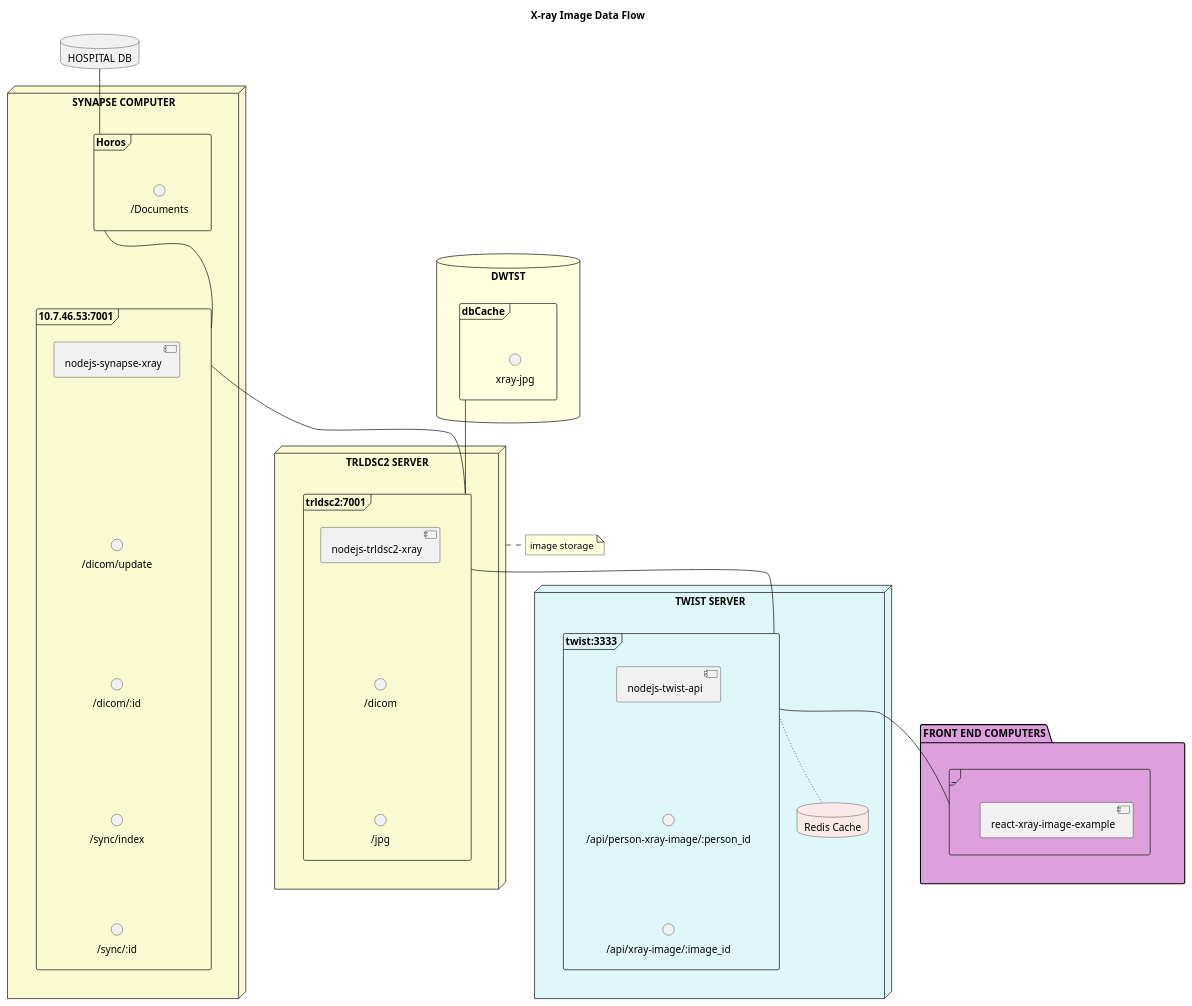
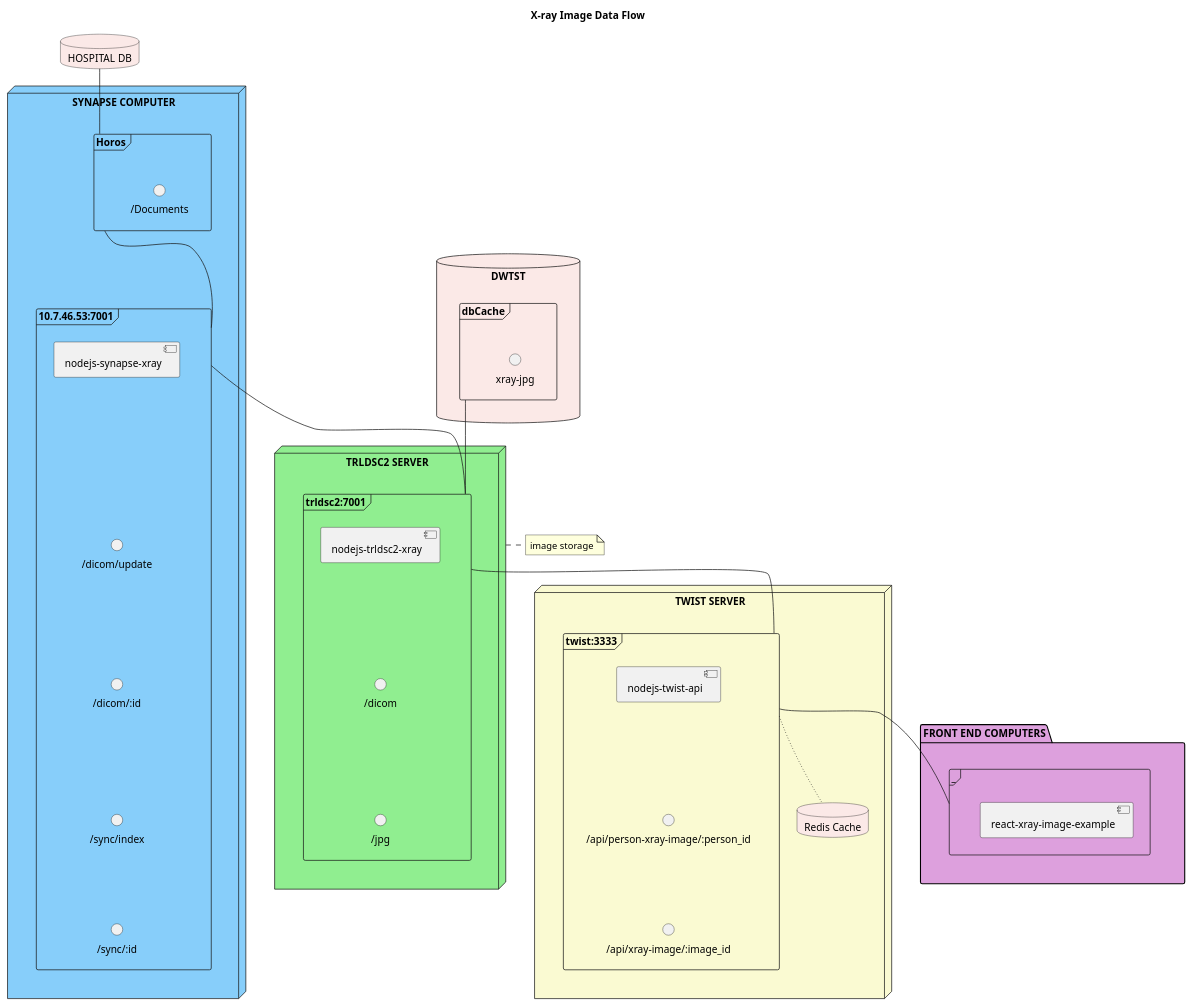
One commit to TwistTRL/nodejs-twist-api changed the diagram in assets/xray-image.iuml. Above: the diagram before and after it, drawn with PlantUML.

Commit message:
update xray iuml

```diff
--- a/assets/xray-image.iuml
+++ b/assets/xray-image.iuml
@@ -1,83 +1,83 @@
 @startuml xray-image
 
 ' skinparam componentStyle uml2
 
 title X-ray Image Data Flow
 
-database "HOSPITAL DB" as db
+database "HOSPITAL DB" as db #fbe9e7
 
-node "SYNAPSE COMPUTER" as synapse #LightGoldenRodYellow {
+node "SYNAPSE COMPUTER" as synapse #LightSkyBlue {
     frame "Horos" as horos {
         interface "/Documents"
     }
 
     frame "10.7.46.53:7001" as imageAPI {
         component "nodejs-synapse-xray" as componentImageAPI
         interface "/dicom/update" as dicomUpdate
         interface "/dicom/:id" as dicomId
         interface "/sync/index" as syncIndex
         interface "/sync/:id" as syncId
 
         componentImageAPI -[hidden]down- dicomUpdate
         dicomUpdate -[hidden]down- dicomId
         dicomId -[hidden]down- syncIndex
         syncIndex -[hidden]down- syncId
     }
 
     horos -- imageAPI
 }
 
-node "TRLDSC2 SERVER" as trldsc2 #LightGoldenRodYellow {
+node "TRLDSC2 SERVER" as trldsc2 #LightGreen {
     frame "trldsc2:7001" as trldsc2API {
         component "nodejs-trldsc2-xray" as trldsc2ImageAPI
         interface "/dicom" as dicom
         interface "/jpg" as jpg    
         trldsc2ImageAPI -[hidden]down- dicom
         dicom -[hidden]down- jpg     
     }
 }
 
 
-node "TWIST SERVER" as twist #e0f7fa {
+node "TWIST SERVER" as twist #LightGoldenRodYellow {
     frame "twist:3333" as twistAPI {
         component "nodejs-twist-api" as componentTwistAPI
         interface "/api/person-xray-image/:person_id" as apiPerson
         interface "/api/xray-image/:image_id" as apiImage
         componentTwistAPI -[hidden]down- apiPerson
         apiPerson -[hidden]down- apiImage
     }
 
     database "Redis Cache" as Redis #fbe9e7 {
     }
 
     twistAPI ~down~ Redis
 }
 
-database DWTST #LightYellow {
+database DWTST #fbe9e7 {
     frame dbCache {
         interface "xray-jpg" as xrayJpg
     }
 }
 
 package "FRONT END COMPUTERS" as frontEnd #Plum {
     frame "_" as imageFE {
         component "react-xray-image-example"
     }
 }
 
 
 synapse -[hidden]- trldsc2
 trldsc2 -[hidden]- twist
 twist -[hidden]- frontEnd
 ' DWTST -[hidden]- twist
 
 db -down- horos
 imageAPI -- trldsc2API
 trldsc2API -- twistAPI
 trldsc2API -up- dbCache
 twistAPI -- imageFE
 
 ' note right of synapse : image storage
 note right of trldsc2 : image storage
 
 @enduml
```
